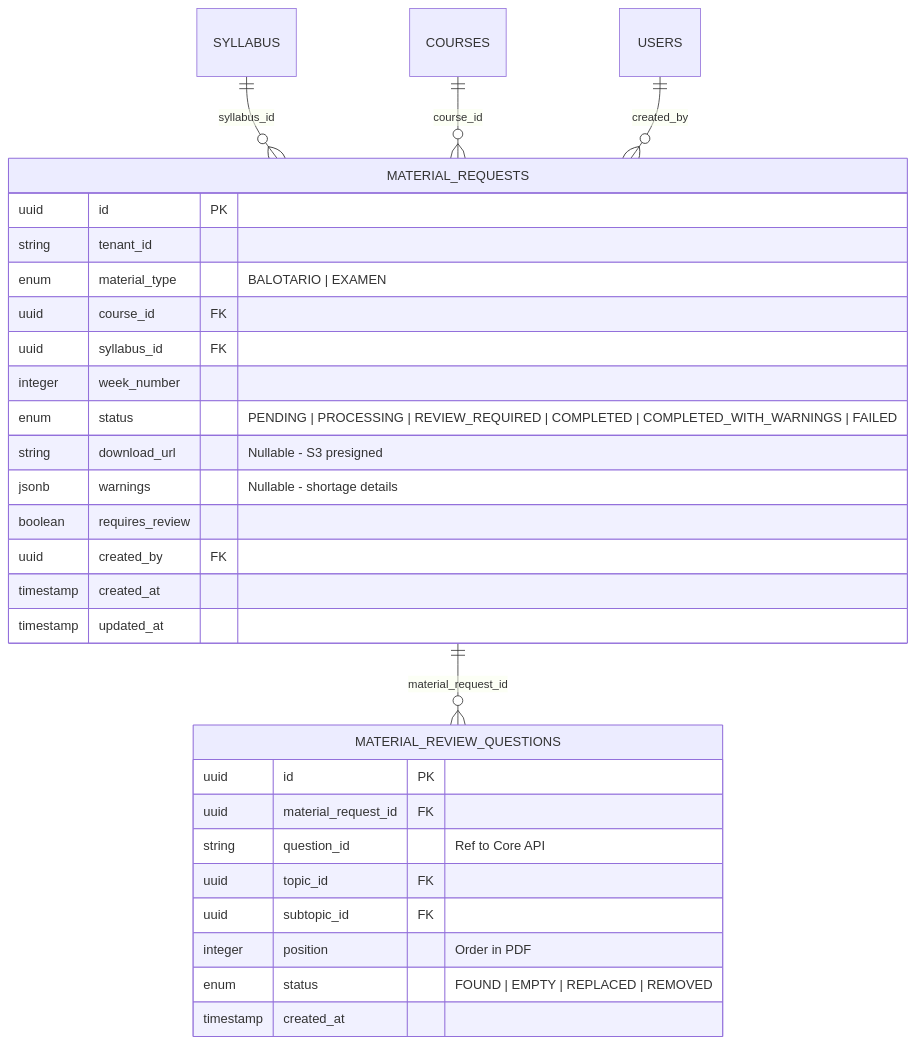
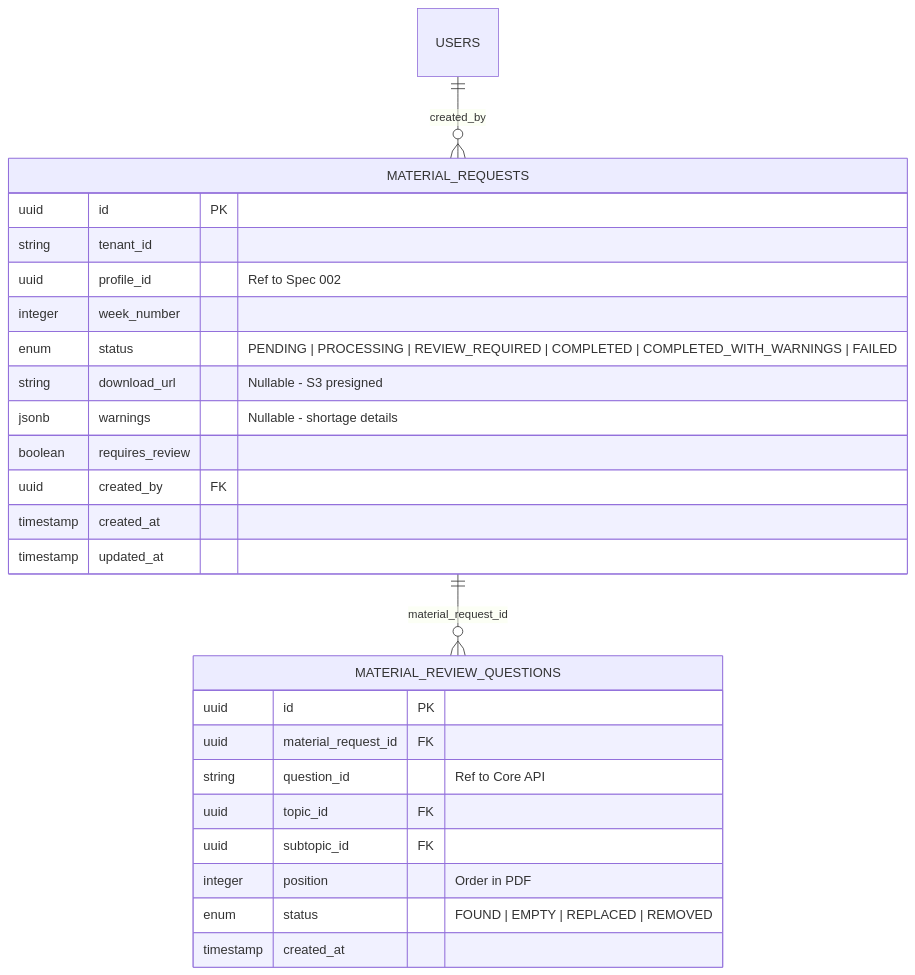
Before and after one commit to jlandeo-afk/odiseo-new: the diagram in specs/004-generacion-revision-materiales/data-model.md, drawn with Mermaid. The commit also changed 79 other files, not shown here.

````diff
--- a/specs/004-generacion-revision-materiales/data-model.md
+++ b/specs/004-generacion-revision-materiales/data-model.md
@@ -3,34 +3,30 @@
 ```mermaid
 erDiagram
     MATERIAL_REQUESTS ||--o{ MATERIAL_REVIEW_QUESTIONS : "material_request_id"
-    SYLLABUS ||--o{ MATERIAL_REQUESTS : "syllabus_id"
-    COURSES ||--o{ MATERIAL_REQUESTS : "course_id"
     USERS ||--o{ MATERIAL_REQUESTS : "created_by"
 
     MATERIAL_REQUESTS {
         uuid id PK
         string tenant_id
-        enum material_type "BALOTARIO | EXAMEN"
-        uuid course_id FK
-        uuid syllabus_id FK
+        uuid profile_id "Ref to Spec 002"
         integer week_number
         enum status "PENDING | PROCESSING | REVIEW_REQUIRED | COMPLETED | COMPLETED_WITH_WARNINGS | FAILED"
         string download_url "Nullable - S3 presigned"
         jsonb warnings "Nullable - shortage details"
         boolean requires_review
         uuid created_by FK
         timestamp created_at
         timestamp updated_at
     }
 
     MATERIAL_REVIEW_QUESTIONS {
         uuid id PK
         uuid material_request_id FK
         string question_id "Ref to Core API"
         uuid topic_id FK
         uuid subtopic_id FK
         integer position "Order in PDF"
         enum status "FOUND | EMPTY | REPLACED | REMOVED"
         timestamp created_at
     }
 ```
````
